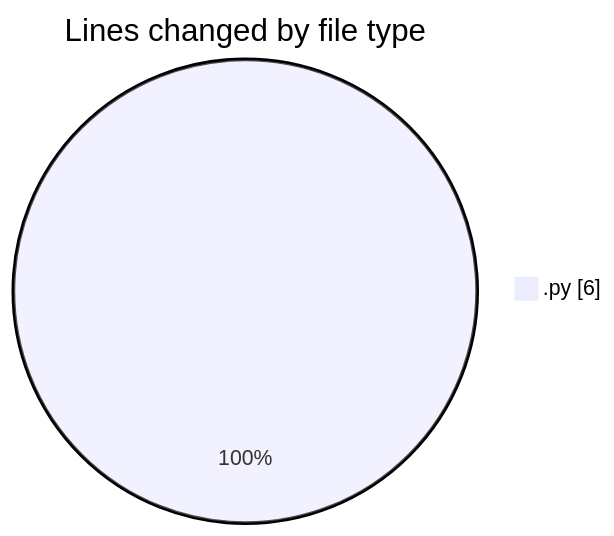
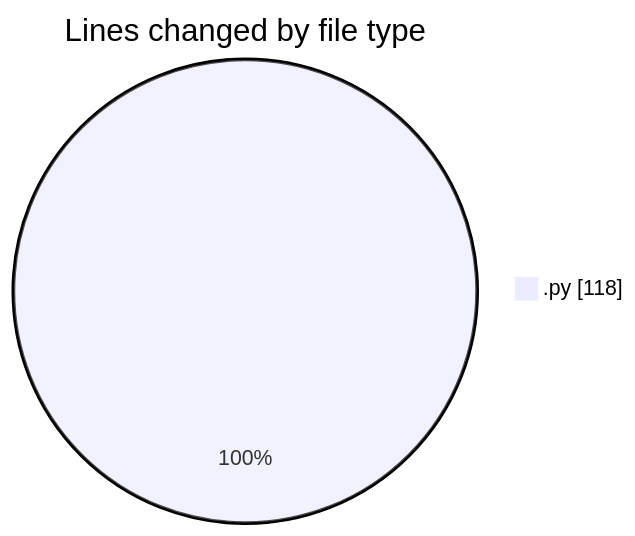
One commit to MatusMokan/code-tracking changed the first of 2 diagrams in 2025-03-30/myws__workspace_/README.md. Above: the diagram before and after it, drawn with Mermaid. The commit also changed other lines of this file and 1 other file, not shown here.

````diff
--- a/2025-03-30/myws__workspace_/README.md
+++ b/2025-03-30/myws__workspace_/README.md
@@ -20,5 +20,5 @@
 ```mermaid
 pie showData
 title Lines changed by file type
-".py" : 6
+".py" : 118
 ```
````
